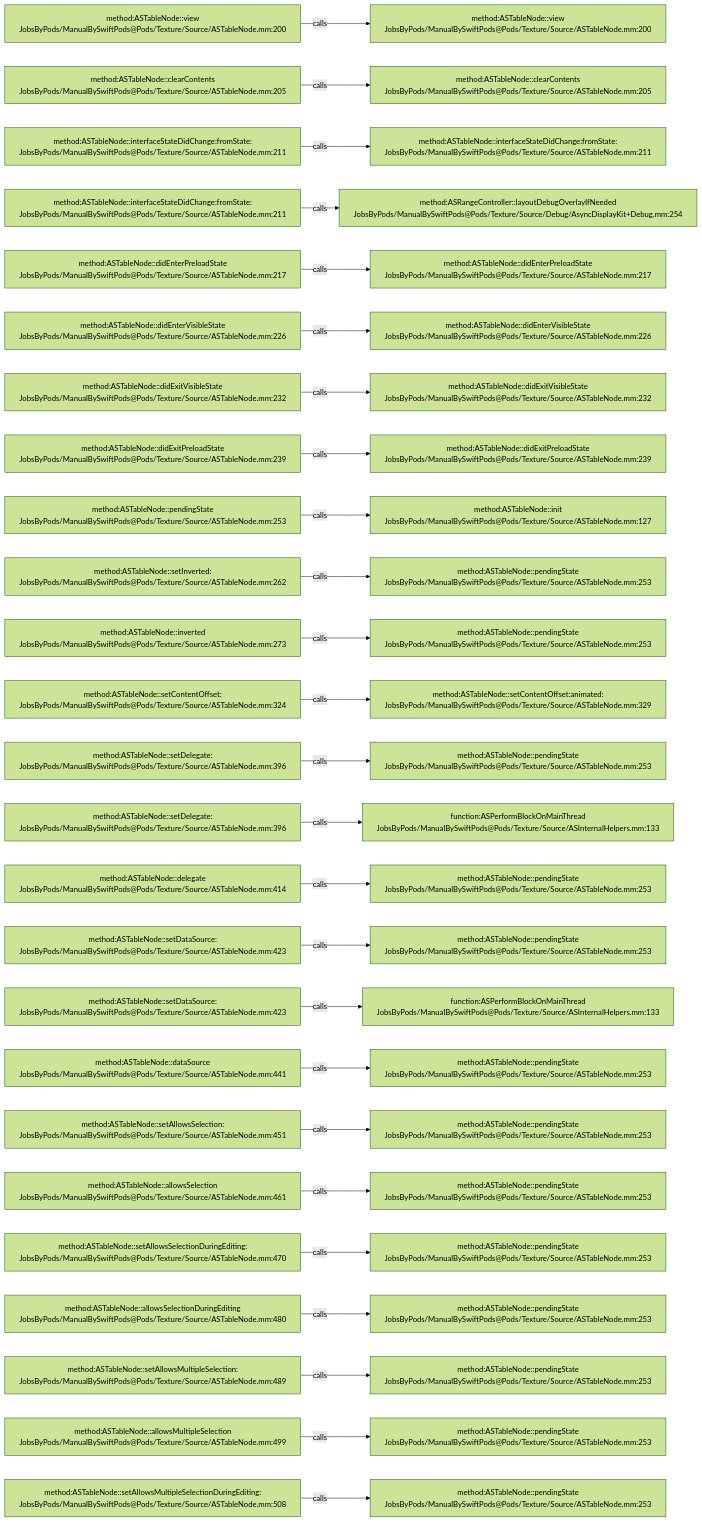
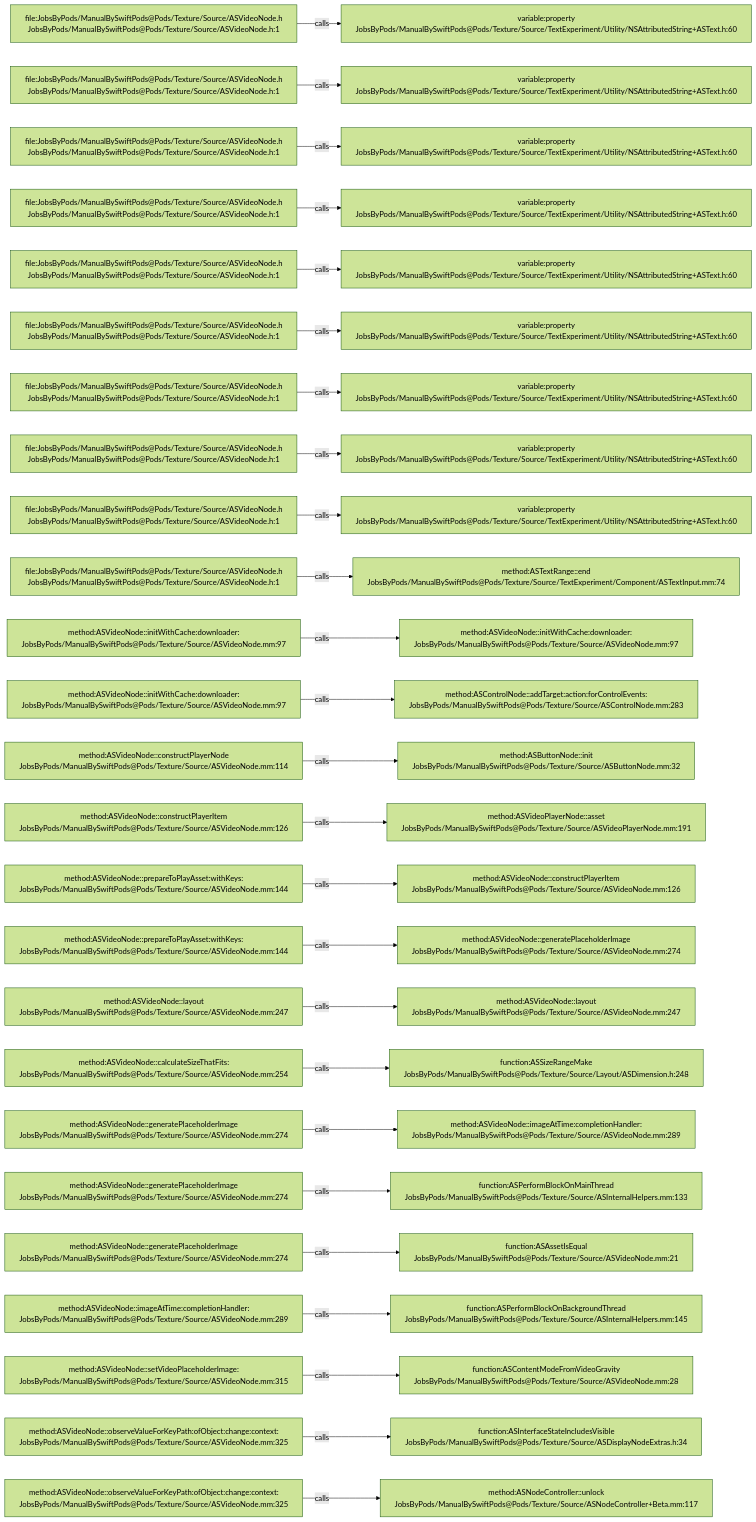
One commit to JobsKits/JobsSwiftBaseConfigDemo changed the diagram in .codegraph/codegraph.md/graphs/calls-074.md. Above: the diagram before and after it, drawn with Mermaid (forest theme). The commit also changed 832 other files, not shown here.

````diff
--- a/.codegraph/codegraph.md/graphs/calls-074.md
+++ b/.codegraph/codegraph.md/graphs/calls-074.md
@@ -13,78 +13,78 @@
 ```mermaid
 flowchart LR
-  S1["method:ASTableNode::view<br/>JobsByPods/ManualBySwiftPods@Pods/Texture/Source/ASTableNode.mm:200"]
-  T1["method:ASTableNode::view<br/>JobsByPods/ManualBySwiftPods@Pods/Texture/Source/ASTableNode.mm:200"]
+  S1["file:JobsByPods/ManualBySwiftPods@Pods/Texture/Source/ASVideoNode.h<br/>JobsByPods/ManualBySwiftPods@Pods/Texture/Source/ASVideoNode.h:1"]
+  T1["variable:property<br/>JobsByPods/ManualBySwiftPods@Pods/Texture/Source/TextExperiment/Utility/NSAttributedString+ASText.h:60"]
   S1 -->|calls| T1
-  S2["method:ASTableNode::clearContents<br/>JobsByPods/ManualBySwiftPods@Pods/Texture/Source/ASTableNode.mm:205"]
-  T2["method:ASTableNode::clearContents<br/>JobsByPods/ManualBySwiftPods@Pods/Texture/Source/ASTableNode.mm:205"]
+  S2["file:JobsByPods/ManualBySwiftPods@Pods/Texture/Source/ASVideoNode.h<br/>JobsByPods/ManualBySwiftPods@Pods/Texture/Source/ASVideoNode.h:1"]
+  T2["variable:property<br/>JobsByPods/ManualBySwiftPods@Pods/Texture/Source/TextExperiment/Utility/NSAttributedString+ASText.h:60"]
   S2 -->|calls| T2
-  S3["method:ASTableNode::interfaceStateDidChange:fromState:<br/>JobsByPods/ManualBySwiftPods@Pods/Texture/Source/ASTableNode.mm:211"]
-  T3["method:ASTableNode::interfaceStateDidChange:fromState:<br/>JobsByPods/ManualBySwiftPods@Pods/Texture/Source/ASTableNode.mm:211"]
+  S3["file:JobsByPods/ManualBySwiftPods@Pods/Texture/Source/ASVideoNode.h<br/>JobsByPods/ManualBySwiftPods@Pods/Texture/Source/ASVideoNode.h:1"]
+  T3["variable:property<br/>JobsByPods/ManualBySwiftPods@Pods/Texture/Source/TextExperiment/Utility/NSAttributedString+ASText.h:60"]
   S3 -->|calls| T3
-  S4["method:ASTableNode::interfaceStateDidChange:fromState:<br/>JobsByPods/ManualBySwiftPods@Pods/Texture/Source/ASTableNode.mm:211"]
-  T4["method:ASRangeController::layoutDebugOverlayIfNeeded<br/>JobsByPods/ManualBySwiftPods@Pods/Texture/Source/Debug/AsyncDisplayKit+Debug.mm:254"]
+  S4["file:JobsByPods/ManualBySwiftPods@Pods/Texture/Source/ASVideoNode.h<br/>JobsByPods/ManualBySwiftPods@Pods/Texture/Source/ASVideoNode.h:1"]
+  T4["variable:property<br/>JobsByPods/ManualBySwiftPods@Pods/Texture/Source/TextExperiment/Utility/NSAttributedString+ASText.h:60"]
   S4 -->|calls| T4
-  S5["method:ASTableNode::didEnterPreloadState<br/>JobsByPods/ManualBySwiftPods@Pods/Texture/Source/ASTableNode.mm:217"]
-  T5["method:ASTableNode::didEnterPreloadState<br/>JobsByPods/ManualBySwiftPods@Pods/Texture/Source/ASTableNode.mm:217"]
+  S5["file:JobsByPods/ManualBySwiftPods@Pods/Texture/Source/ASVideoNode.h<br/>JobsByPods/ManualBySwiftPods@Pods/Texture/Source/ASVideoNode.h:1"]
+  T5["variable:property<br/>JobsByPods/ManualBySwiftPods@Pods/Texture/Source/TextExperiment/Utility/NSAttributedString+ASText.h:60"]
   S5 -->|calls| T5
-  S6["method:ASTableNode::didEnterVisibleState<br/>JobsByPods/ManualBySwiftPods@Pods/Texture/Source/ASTableNode.mm:226"]
-  T6["method:ASTableNode::didEnterVisibleState<br/>JobsByPods/ManualBySwiftPods@Pods/Texture/Source/ASTableNode.mm:226"]
+  S6["file:JobsByPods/ManualBySwiftPods@Pods/Texture/Source/ASVideoNode.h<br/>JobsByPods/ManualBySwiftPods@Pods/Texture/Source/ASVideoNode.h:1"]
+  T6["variable:property<br/>JobsByPods/ManualBySwiftPods@Pods/Texture/Source/TextExperiment/Utility/NSAttributedString+ASText.h:60"]
   S6 -->|calls| T6
-  S7["method:ASTableNode::didExitVisibleState<br/>JobsByPods/ManualBySwiftPods@Pods/Texture/Source/ASTableNode.mm:232"]
-  T7["method:ASTableNode::didExitVisibleState<br/>JobsByPods/ManualBySwiftPods@Pods/Texture/Source/ASTableNode.mm:232"]
+  S7["file:JobsByPods/ManualBySwiftPods@Pods/Texture/Source/ASVideoNode.h<br/>JobsByPods/ManualBySwiftPods@Pods/Texture/Source/ASVideoNode.h:1"]
+  T7["variable:property<br/>JobsByPods/ManualBySwiftPods@Pods/Texture/Source/TextExperiment/Utility/NSAttributedString+ASText.h:60"]
   S7 -->|calls| T7
-  S8["method:ASTableNode::didExitPreloadState<br/>JobsByPods/ManualBySwiftPods@Pods/Texture/Source/ASTableNode.mm:239"]
-  T8["method:ASTableNode::didExitPreloadState<br/>JobsByPods/ManualBySwiftPods@Pods/Texture/Source/ASTableNode.mm:239"]
+  S8["file:JobsByPods/ManualBySwiftPods@Pods/Texture/Source/ASVideoNode.h<br/>JobsByPods/ManualBySwiftPods@Pods/Texture/Source/ASVideoNode.h:1"]
+  T8["variable:property<br/>JobsByPods/ManualBySwiftPods@Pods/Texture/Source/TextExperiment/Utility/NSAttributedString+ASText.h:60"]
   S8 -->|calls| T8
-  S9["method:ASTableNode::pendingState<br/>JobsByPods/ManualBySwiftPods@Pods/Texture/Source/ASTableNode.mm:253"]
-  T9["method:ASTableNode::init<br/>JobsByPods/ManualBySwiftPods@Pods/Texture/Source/ASTableNode.mm:127"]
+  S9["file:JobsByPods/ManualBySwiftPods@Pods/Texture/Source/ASVideoNode.h<br/>JobsByPods/ManualBySwiftPods@Pods/Texture/Source/ASVideoNode.h:1"]
+  T9["variable:property<br/>JobsByPods/ManualBySwiftPods@Pods/Texture/Source/TextExperiment/Utility/NSAttributedString+ASText.h:60"]
   S9 -->|calls| T9
-  S10["method:ASTableNode::setInverted:<br/>JobsByPods/ManualBySwiftPods@Pods/Texture/Source/ASTableNode.mm:262"]
-  T10["method:ASTableNode::pendingState<br/>JobsByPods/ManualBySwiftPods@Pods/Texture/Source/ASTableNode.mm:253"]
+  S10["file:JobsByPods/ManualBySwiftPods@Pods/Texture/Source/ASVideoNode.h<br/>JobsByPods/ManualBySwiftPods@Pods/Texture/Source/ASVideoNode.h:1"]
+  T10["method:ASTextRange::end<br/>JobsByPods/ManualBySwiftPods@Pods/Texture/Source/TextExperiment/Component/ASTextInput.mm:74"]
   S10 -->|calls| T10
-  S11["method:ASTableNode::inverted<br/>JobsByPods/ManualBySwiftPods@Pods/Texture/Source/ASTableNode.mm:273"]
-  T11["method:ASTableNode::pendingState<br/>JobsByPods/ManualBySwiftPods@Pods/Texture/Source/ASTableNode.mm:253"]
+  S11["method:ASVideoNode::initWithCache:downloader:<br/>JobsByPods/ManualBySwiftPods@Pods/Texture/Source/ASVideoNode.mm:97"]
+  T11["method:ASVideoNode::initWithCache:downloader:<br/>JobsByPods/ManualBySwiftPods@Pods/Texture/Source/ASVideoNode.mm:97"]
   S11 -->|calls| T11
-  S12["method:ASTableNode::setContentOffset:<br/>JobsByPods/ManualBySwiftPods@Pods/Texture/Source/ASTableNode.mm:324"]
-  T12["method:ASTableNode::setContentOffset:animated:<br/>JobsByPods/ManualBySwiftPods@Pods/Texture/Source/ASTableNode.mm:329"]
+  S12["method:ASVideoNode::initWithCache:downloader:<br/>JobsByPods/ManualBySwiftPods@Pods/Texture/Source/ASVideoNode.mm:97"]
+  T12["method:ASControlNode::addTarget:action:forControlEvents:<br/>JobsByPods/ManualBySwiftPods@Pods/Texture/Source/ASControlNode.mm:283"]
   S12 -->|calls| T12
-  S13["method:ASTableNode::setDelegate:<br/>JobsByPods/ManualBySwiftPods@Pods/Texture/Source/ASTableNode.mm:396"]
-  T13["method:ASTableNode::pendingState<br/>JobsByPods/ManualBySwiftPods@Pods/Texture/Source/ASTableNode.mm:253"]
+  S13["method:ASVideoNode::constructPlayerNode<br/>JobsByPods/ManualBySwiftPods@Pods/Texture/Source/ASVideoNode.mm:114"]
+  T13["method:ASButtonNode::init<br/>JobsByPods/ManualBySwiftPods@Pods/Texture/Source/ASButtonNode.mm:32"]
   S13 -->|calls| T13
-  S14["method:ASTableNode::setDelegate:<br/>JobsByPods/ManualBySwiftPods@Pods/Texture/Source/ASTableNode.mm:396"]
-  T14["function:ASPerformBlockOnMainThread<br/>JobsByPods/ManualBySwiftPods@Pods/Texture/Source/ASInternalHelpers.mm:133"]
+  S14["method:ASVideoNode::constructPlayerItem<br/>JobsByPods/ManualBySwiftPods@Pods/Texture/Source/ASVideoNode.mm:126"]
+  T14["method:ASVideoPlayerNode::asset<br/>JobsByPods/ManualBySwiftPods@Pods/Texture/Source/ASVideoPlayerNode.mm:191"]
   S14 -->|calls| T14
-  S15["method:ASTableNode::delegate<br/>JobsByPods/ManualBySwiftPods@Pods/Texture/Source/ASTableNode.mm:414"]
-  T15["method:ASTableNode::pendingState<br/>JobsByPods/ManualBySwiftPods@Pods/Texture/Source/ASTableNode.mm:253"]
+  S15["method:ASVideoNode::prepareToPlayAsset:withKeys:<br/>JobsByPods/ManualBySwiftPods@Pods/Texture/Source/ASVideoNode.mm:144"]
+  T15["method:ASVideoNode::constructPlayerItem<br/>JobsByPods/ManualBySwiftPods@Pods/Texture/Source/ASVideoNode.mm:126"]
   S15 -->|calls| T15
-  S16["method:ASTableNode::setDataSource:<br/>JobsByPods/ManualBySwiftPods@Pods/Texture/Source/ASTableNode.mm:423"]
-  T16["method:ASTableNode::pendingState<br/>JobsByPods/ManualBySwiftPods@Pods/Texture/Source/ASTableNode.mm:253"]
+  S16["method:ASVideoNode::prepareToPlayAsset:withKeys:<br/>JobsByPods/ManualBySwiftPods@Pods/Texture/Source/ASVideoNode.mm:144"]
+  T16["method:ASVideoNode::generatePlaceholderImage<br/>JobsByPods/ManualBySwiftPods@Pods/Texture/Source/ASVideoNode.mm:274"]
   S16 -->|calls| T16
-  S17["method:ASTableNode::setDataSource:<br/>JobsByPods/ManualBySwiftPods@Pods/Texture/Source/ASTableNode.mm:423"]
-  T17["function:ASPerformBlockOnMainThread<br/>JobsByPods/ManualBySwiftPods@Pods/Texture/Source/ASInternalHelpers.mm:133"]
+  S17["method:ASVideoNode::layout<br/>JobsByPods/ManualBySwiftPods@Pods/Texture/Source/ASVideoNode.mm:247"]
+  T17["method:ASVideoNode::layout<br/>JobsByPods/ManualBySwiftPods@Pods/Texture/Source/ASVideoNode.mm:247"]
   S17 -->|calls| T17
-  S18["method:ASTableNode::dataSource<br/>JobsByPods/ManualBySwiftPods@Pods/Texture/Source/ASTableNode.mm:441"]
-  T18["method:ASTableNode::pendingState<br/>JobsByPods/ManualBySwiftPods@Pods/Texture/Source/ASTableNode.mm:253"]
+  S18["method:ASVideoNode::calculateSizeThatFits:<br/>JobsByPods/ManualBySwiftPods@Pods/Texture/Source/ASVideoNode.mm:254"]
+  T18["function:ASSizeRangeMake<br/>JobsByPods/ManualBySwiftPods@Pods/Texture/Source/Layout/ASDimension.h:248"]
   S18 -->|calls| T18
-  S19["method:ASTableNode::setAllowsSelection:<br/>JobsByPods/ManualBySwiftPods@Pods/Texture/Source/ASTableNode.mm:451"]
-  T19["method:ASTableNode::pendingState<br/>JobsByPods/ManualBySwiftPods@Pods/Texture/Source/ASTableNode.mm:253"]
+  S19["method:ASVideoNode::generatePlaceholderImage<br/>JobsByPods/ManualBySwiftPods@Pods/Texture/Source/ASVideoNode.mm:274"]
+  T19["method:ASVideoNode::imageAtTime:completionHandler:<br/>JobsByPods/ManualBySwiftPods@Pods/Texture/Source/ASVideoNode.mm:289"]
   S19 -->|calls| T19
-  S20["method:ASTableNode::allowsSelection<br/>JobsByPods/ManualBySwiftPods@Pods/Texture/Source/ASTableNode.mm:461"]
-  T20["method:ASTableNode::pendingState<br/>JobsByPods/ManualBySwiftPods@Pods/Texture/Source/ASTableNode.mm:253"]
+  S20["method:ASVideoNode::generatePlaceholderImage<br/>JobsByPods/ManualBySwiftPods@Pods/Texture/Source/ASVideoNode.mm:274"]
+  T20["function:ASPerformBlockOnMainThread<br/>JobsByPods/ManualBySwiftPods@Pods/Texture/Source/ASInternalHelpers.mm:133"]
   S20 -->|calls| T20
-  S21["method:ASTableNode::setAllowsSelectionDuringEditing:<br/>JobsByPods/ManualBySwiftPods@Pods/Texture/Source/ASTableNode.mm:470"]
-  T21["method:ASTableNode::pendingState<br/>JobsByPods/ManualBySwiftPods@Pods/Texture/Source/ASTableNode.mm:253"]
+  S21["method:ASVideoNode::generatePlaceholderImage<br/>JobsByPods/ManualBySwiftPods@Pods/Texture/Source/ASVideoNode.mm:274"]
+  T21["function:ASAssetIsEqual<br/>JobsByPods/ManualBySwiftPods@Pods/Texture/Source/ASVideoNode.mm:21"]
   S21 -->|calls| T21
-  S22["method:ASTableNode::allowsSelectionDuringEditing<br/>JobsByPods/ManualBySwiftPods@Pods/Texture/Source/ASTableNode.mm:480"]
-  T22["method:ASTableNode::pendingState<br/>JobsByPods/ManualBySwiftPods@Pods/Texture/Source/ASTableNode.mm:253"]
+  S22["method:ASVideoNode::imageAtTime:completionHandler:<br/>JobsByPods/ManualBySwiftPods@Pods/Texture/Source/ASVideoNode.mm:289"]
+  T22["function:ASPerformBlockOnBackgroundThread<br/>JobsByPods/ManualBySwiftPods@Pods/Texture/Source/ASInternalHelpers.mm:145"]
   S22 -->|calls| T22
-  S23["method:ASTableNode::setAllowsMultipleSelection:<br/>JobsByPods/ManualBySwiftPods@Pods/Texture/Source/ASTableNode.mm:489"]
-  T23["method:ASTableNode::pendingState<br/>JobsByPods/ManualBySwiftPods@Pods/Texture/Source/ASTableNode.mm:253"]
+  S23["method:ASVideoNode::setVideoPlaceholderImage:<br/>JobsByPods/ManualBySwiftPods@Pods/Texture/Source/ASVideoNode.mm:315"]
+  T23["function:ASContentModeFromVideoGravity<br/>JobsByPods/ManualBySwiftPods@Pods/Texture/Source/ASVideoNode.mm:28"]
   S23 -->|calls| T23
-  S24["method:ASTableNode::allowsMultipleSelection<br/>JobsByPods/ManualBySwiftPods@Pods/Texture/Source/ASTableNode.mm:499"]
-  T24["method:ASTableNode::pendingState<br/>JobsByPods/ManualBySwiftPods@Pods/Texture/Source/ASTableNode.mm:253"]
+  S24["method:ASVideoNode::observeValueForKeyPath:ofObject:change:context:<br/>JobsByPods/ManualBySwiftPods@Pods/Texture/Source/ASVideoNode.mm:325"]
+  T24["function:ASInterfaceStateIncludesVisible<br/>JobsByPods/ManualBySwiftPods@Pods/Texture/Source/ASDisplayNodeExtras.h:34"]
   S24 -->|calls| T24
-  S25["method:ASTableNode::setAllowsMultipleSelectionDuringEditing:<br/>JobsByPods/ManualBySwiftPods@Pods/Texture/Source/ASTableNode.mm:508"]
-  T25["method:ASTableNode::pendingState<br/>JobsByPods/ManualBySwiftPods@Pods/Texture/Source/ASTableNode.mm:253"]
+  S25["method:ASVideoNode::observeValueForKeyPath:ofObject:change:context:<br/>JobsByPods/ManualBySwiftPods@Pods/Texture/Source/ASVideoNode.mm:325"]
+  T25["method:ASNodeController::unlock<br/>JobsByPods/ManualBySwiftPods@Pods/Texture/Source/ASNodeController+Beta.mm:117"]
   S25 -->|calls| T25
 ```
````
